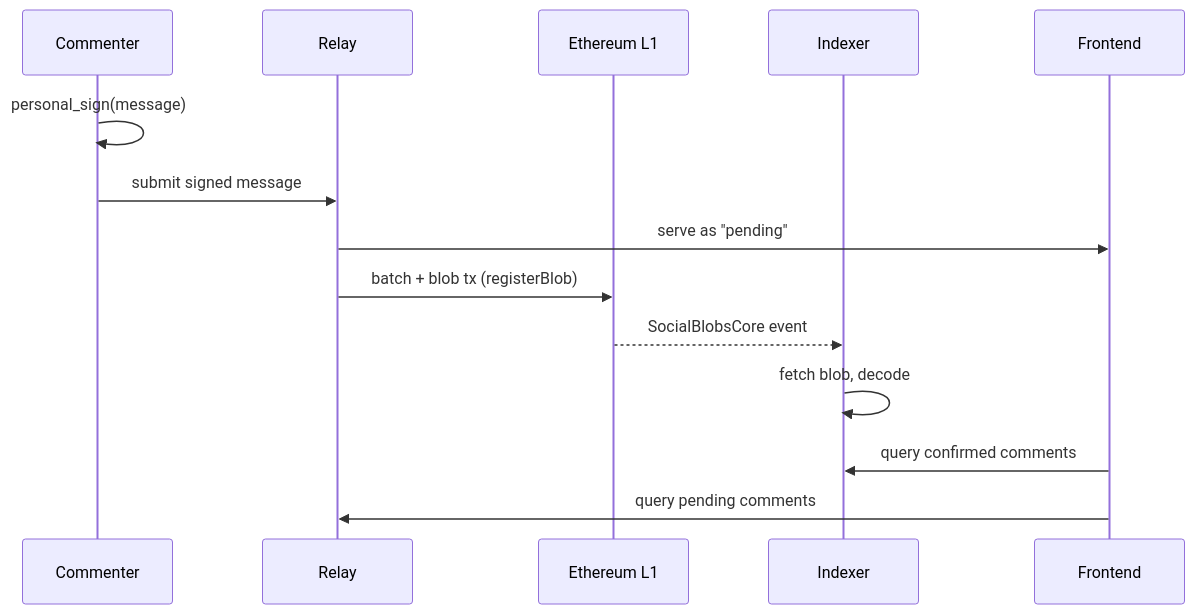
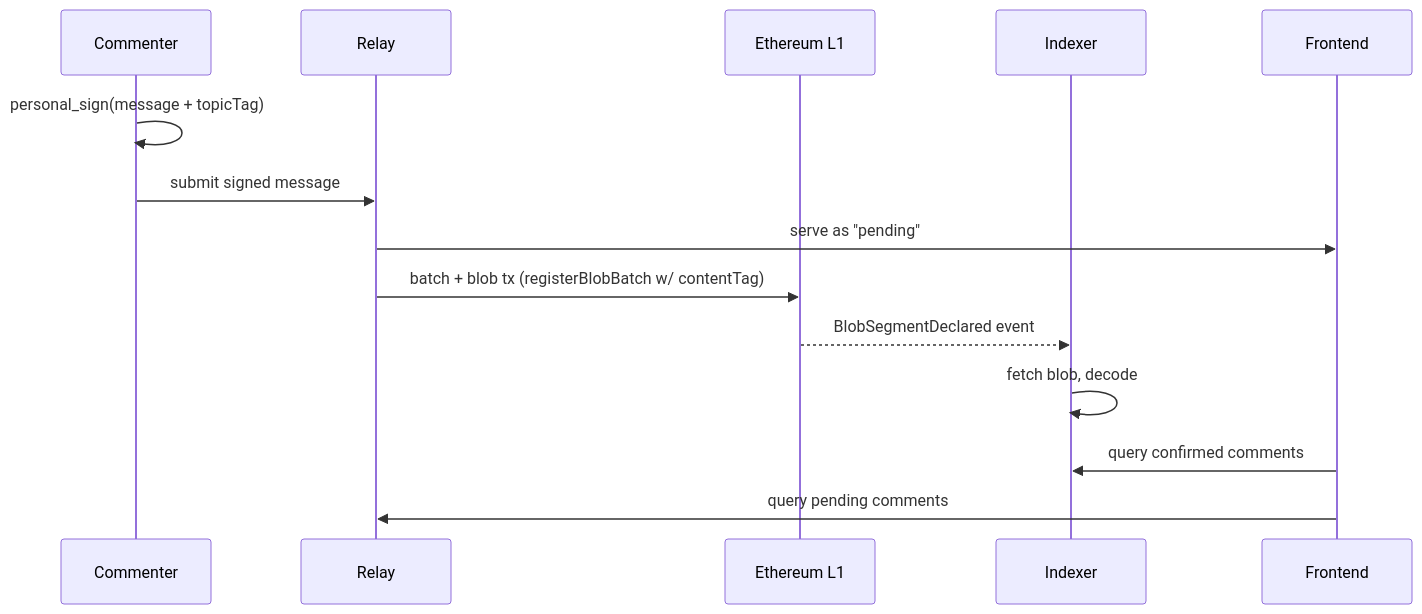
Before and after one commit to defi-wonderland/bam: the second of 3 diagrams in docs/design/comment-section.md, drawn with Mermaid. The commit also changed other lines of this file, not shown here.

````diff
--- a/docs/design/comment-section.md
+++ b/docs/design/comment-section.md
@@ -25,17 +25,17 @@
 ```mermaid
 sequenceDiagram
     participant C as Commenter
     participant R as Relay
     participant L1 as Ethereum L1
     participant I as Indexer
     participant F as Frontend
 
-    C->>C: personal_sign(message)
+    C->>C: personal_sign(message + topicTag)
     C->>R: submit signed message
     R->>F: serve as "pending"
-    R->>L1: batch + blob tx (registerBlob)
-    L1-->>I: SocialBlobsCore event
+    R->>L1: batch + blob tx (registerBlobBatch w/ contentTag)
+    L1-->>I: BlobSegmentDeclared event
     I->>I: fetch blob, decode
     F->>I: query confirmed comments
     F->>R: query pending comments
 ```
````
